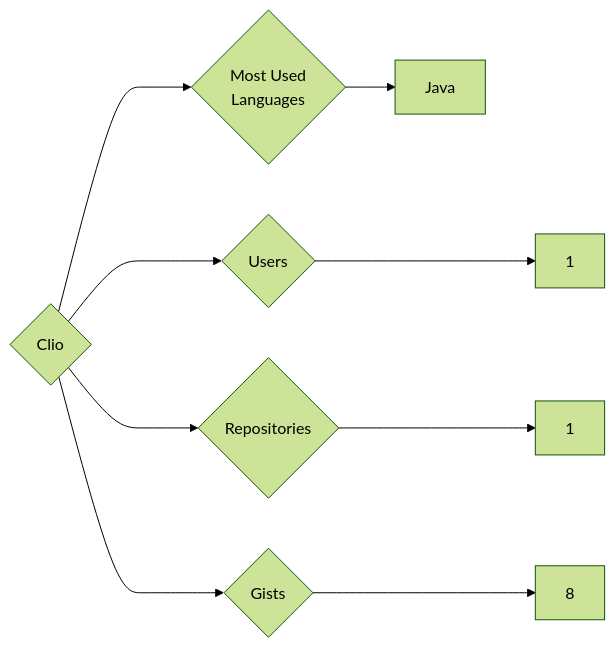
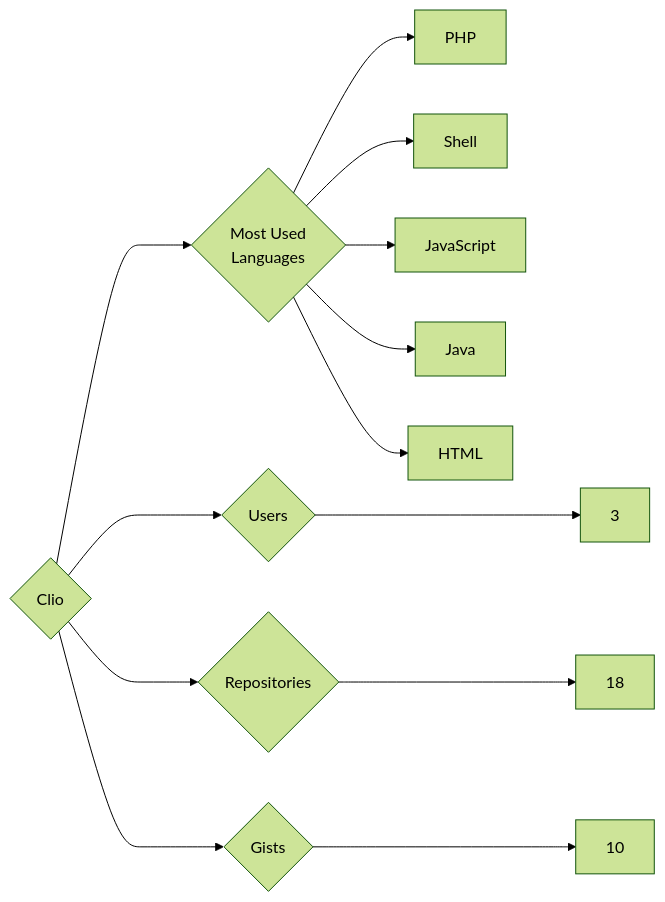
The diagram in targets/Clio/README.md (trickest/insiders), drawn with Mermaid (forest theme) before and after one commit. The commit also changed 985 other files, not shown here.

````diff
--- a/targets/Clio/README.md
+++ b/targets/Clio/README.md
@@ -3,9 +3,13 @@
 ```mermaid
 graph LR
 COMPANY_NAME{Clio}
-COMPANY_NAME ---> U{Users} ---> UN[1]
-COMPANY_NAME ---> R{Repositories} ---> RN[1]
-COMPANY_NAME ---> G{Gists} ---> GN[8]
+COMPANY_NAME ---> U{Users} ---> UN[3]
+COMPANY_NAME ---> R{Repositories} ---> RN[18]
+COMPANY_NAME ---> G{Gists} ---> GN[10]
 COMPANY_NAME ---> ML{Most Used<br>Languages}
+ML --> PHP[PHP]
+ML --> Shell[Shell]
+ML --> JavaScript[JavaScript]
 ML --> Java[Java]
+ML --> HTML[HTML]
 ```
````
